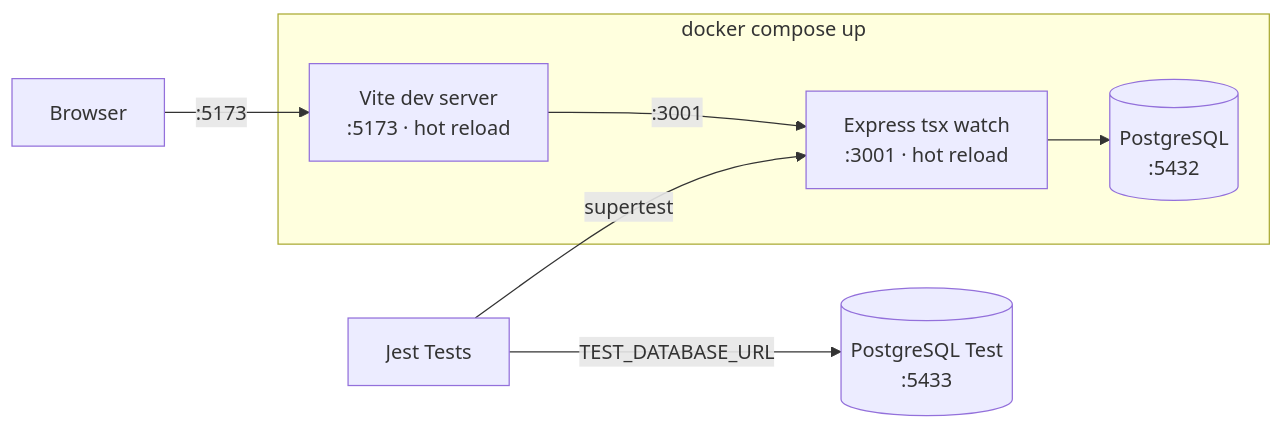
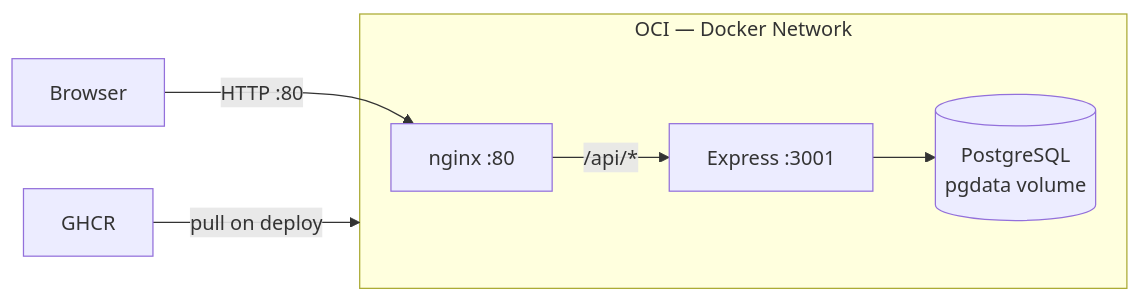
The third of 3 diagrams in readme.md (Ashish-j-shetty/full-stack-ecommerce), drawn with Mermaid before and after one commit. The commit also changed other lines of this file, not shown here.

````diff
--- a/readme.md
+++ b/readme.md
@@ -60,12 +36,9 @@
 ```mermaid
 graph LR
-  Browser -->|":5173"| Vite
-
-  subgraph Docker["docker compose up"]
-    Vite["Vite dev server\n:5173 · hot reload"] -->|":3001"| Express["Express tsx watch\n:3001 · hot reload"]
-    Express --> PG[("PostgreSQL\n:5432")]
+  Browser -->|HTTP :80| Nginx["nginx :80"]
+  subgraph OCI["OCI — Docker Network"]
+    Nginx -->|/api/*| Express["Express :3001"]
+    Express --> PG[("PostgreSQL\npgdata volume")]
   end
-
-  Jest["Jest Tests"] -->|supertest| Express
-  Jest -->|TEST_DATABASE_URL| PGTest[("PostgreSQL Test\n:5433")]
+  GHCR["GHCR"] -->|pull on deploy| OCI
 ```
````
